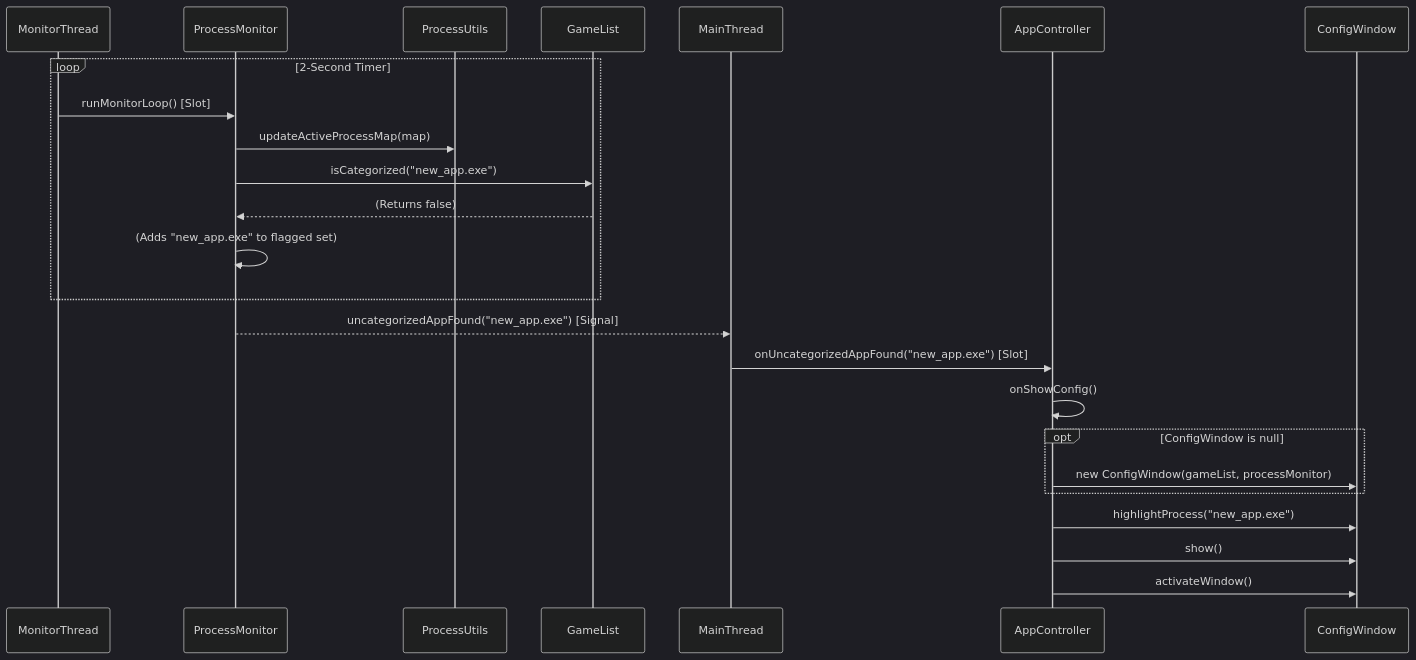
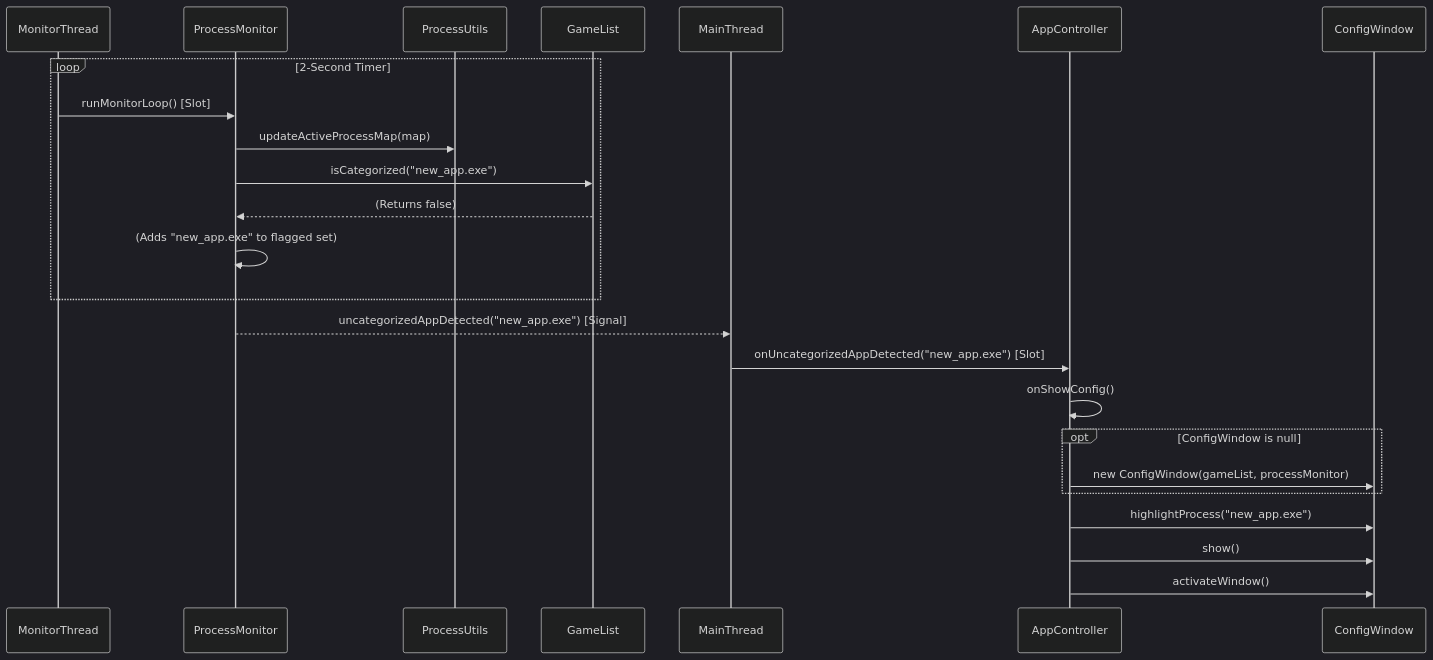
Before and after one commit to Damiencastro/Mindfulness: the third of 3 diagrams in docs/architecture/sequence-diagrams.md, drawn with Mermaid (dark theme). The commit also changed 52 other files, not shown here.

Commit message:
New components have been created to adhere to architectural changes. New documentation scheme has been created as well.

````diff
--- a/docs/architecture/sequence-diagrams.md
+++ b/docs/architecture/sequence-diagrams.md
@@ -88,31 +88,31 @@
 ```mermaid
 sequenceDiagram
     participant MonitorThread
     participant ProcessMonitor
     participant ProcessUtils
     participant GameList
     participant MainThread
     participant AppController
     participant ConfigWindow
 
     loop 2-Second Timer
         MonitorThread->>ProcessMonitor: runMonitorLoop() [Slot]
         ProcessMonitor->>ProcessUtils: updateActiveProcessMap(map)
         ProcessMonitor->>GameList: isCategorized("new_app.exe")
         GameList-->>ProcessMonitor: (Returns false)
         ProcessMonitor->>ProcessMonitor: (Adds "new_app.exe" to flagged set)
     end
     
-    ProcessMonitor-->>MainThread: uncategorizedAppFound("new_app.exe") [Signal]
+    ProcessMonitor-->>MainThread: uncategorizedAppDetected("new_app.exe") [Signal]
     
-    MainThread->>AppController: onUncategorizedAppFound("new_app.exe") [Slot]
+    MainThread->>AppController: onUncategorizedAppDetected("new_app.exe") [Slot]
     AppController->>AppController: onShowConfig()
     
     opt ConfigWindow is null
         AppController->>ConfigWindow: new ConfigWindow(gameList, processMonitor)
     end
     
     AppController->>ConfigWindow: highlightProcess("new_app.exe")
     AppController->>ConfigWindow: show()
     AppController->>ConfigWindow: activateWindow()
 ```
````
